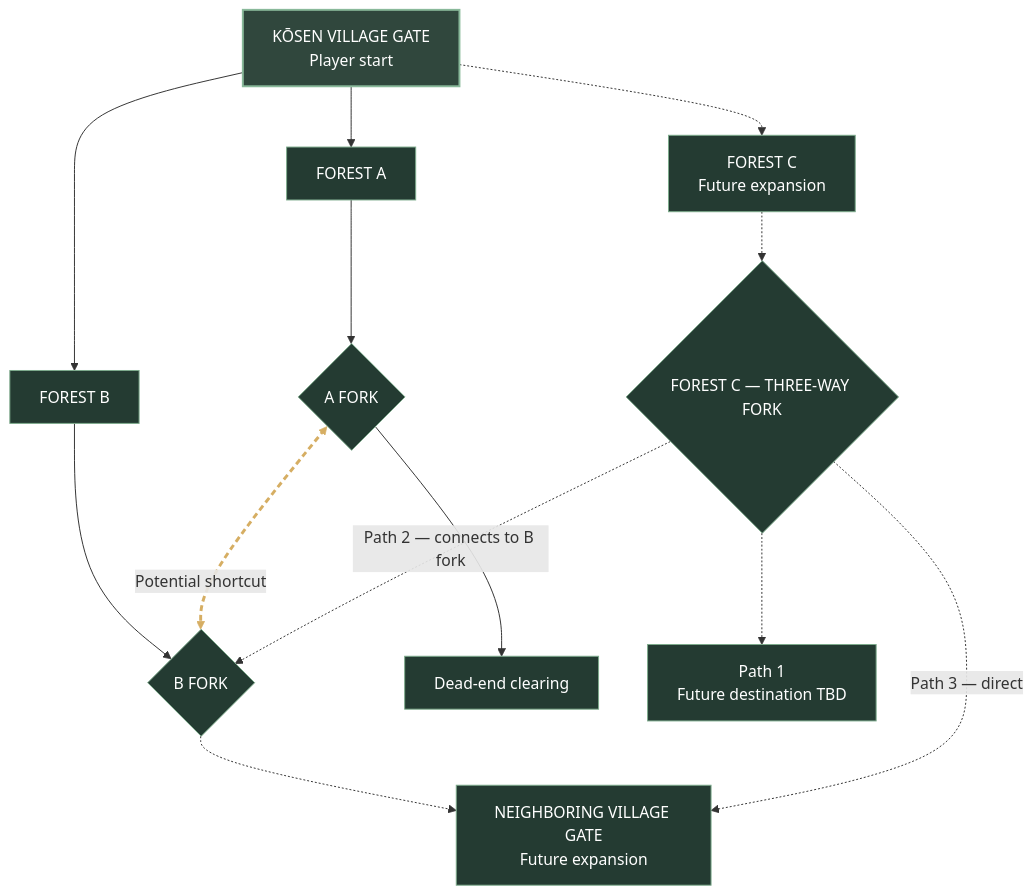
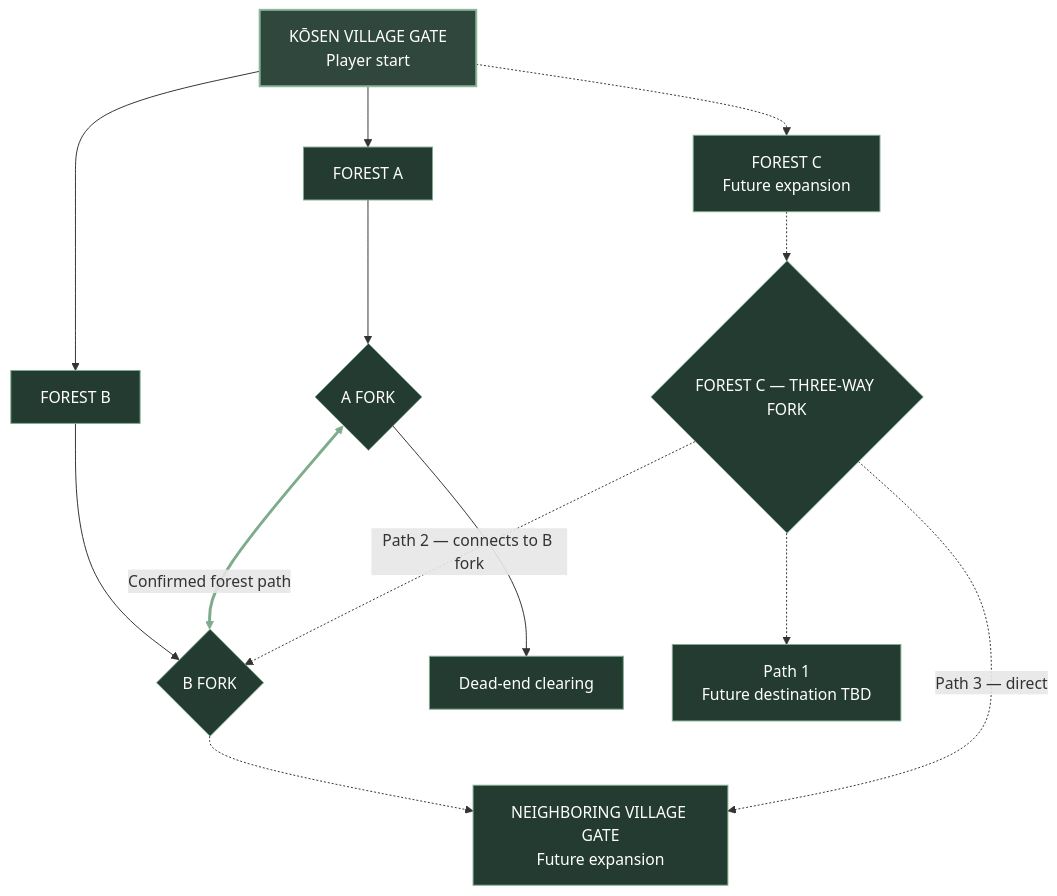
The diagram in world/maps/FULL_WORLD_MAP.md (kiotdstudios/shinobi-rush), drawn with Mermaid before and after one commit. The commit also changed other lines of this file, not shown here.

Commit message:
Confirm Forest A–B fork connection as real path

````diff
--- a/world/maps/FULL_WORLD_MAP.md
+++ b/world/maps/FULL_WORLD_MAP.md
@@ -5,23 +5,23 @@
 ```mermaid
 flowchart TB
     G["KŌSEN VILLAGE GATE<br/>Player start"]
     G --> A["FOREST A"]
     G --> B["FOREST B"]
     G -.-> C["FOREST C<br/>Future expansion"]
     A --> AF{"A FORK"}
     B --> BF{"B FORK"}
     AF --> D["Dead-end clearing"]
-    AF <-.->|"Potential shortcut"| BF
+    AF <-->|"Confirmed forest path"| BF
     BF -.-> N["NEIGHBORING VILLAGE GATE<br/>Future expansion"]
     C -.-> CF{"FOREST C — THREE-WAY FORK"}
     CF -.-> C1["Path 1<br/>Future destination TBD"]
     CF -.->|"Path 2 — connects to B fork"| BF
     CF -.->|"Path 3 — direct"| N
 
     classDef start fill:#30473d,color:#fff,stroke:#89b99a,stroke-width:2px;
     classDef mvp fill:#243b32,color:#fff,stroke:#7dab8c;
     class G start;
     class A,B,AF,BF,D mvp;
     class C,CF,C1,N mvp;
-    linkStyle 6 stroke:#d6ae63,stroke-width:3px,stroke-dasharray:6 4;
+    linkStyle 6 stroke:#7dab8c,stroke-width:3px;
 ```
````
